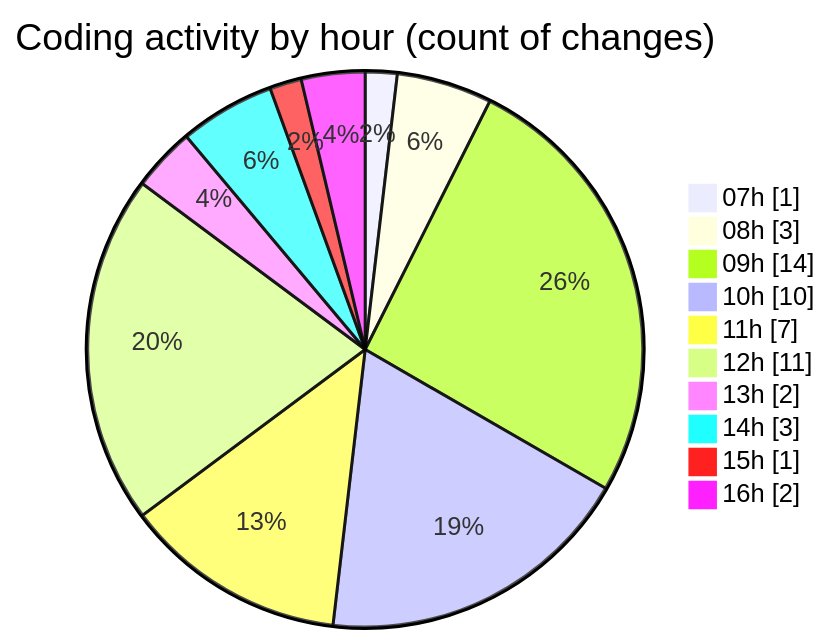
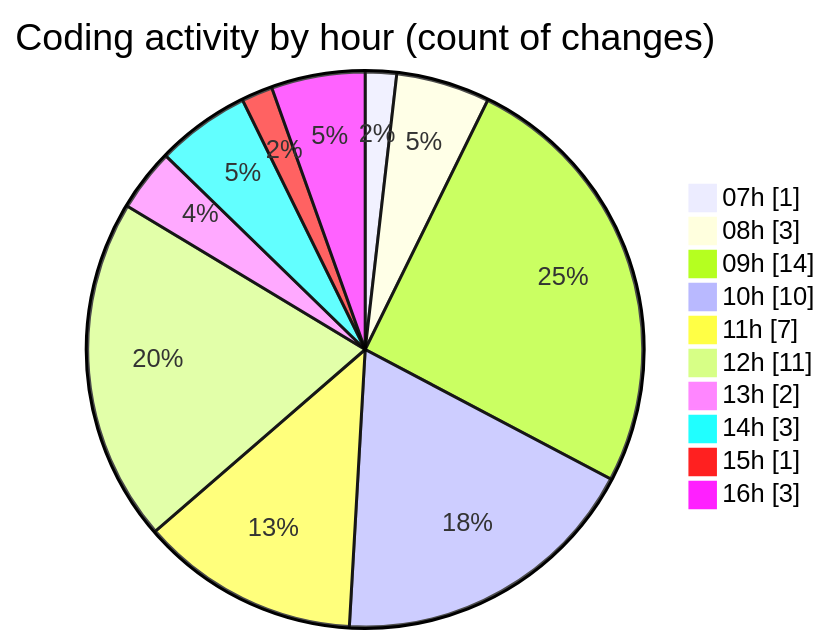
Before and after one commit to tmsrecording-cyber/code-tracking: the second of 2 diagrams in 2026-02-02/singularitybrainai/README.md, drawn with Mermaid. The commit also changed other lines of this file and 1 other file, not shown here.

````diff
--- a/2026-02-02/singularitybrainai/README.md
+++ b/2026-02-02/singularitybrainai/README.md
@@ -41,14 +41,14 @@
 ```mermaid
 pie showData
 title Coding activity by hour (count of changes)
 "07h" : 1
 "08h" : 3
 "09h" : 14
 "10h" : 10
 "11h" : 7
 "12h" : 11
 "13h" : 2
 "14h" : 3
 "15h" : 1
-"16h" : 2
+"16h" : 3
 ```
````
